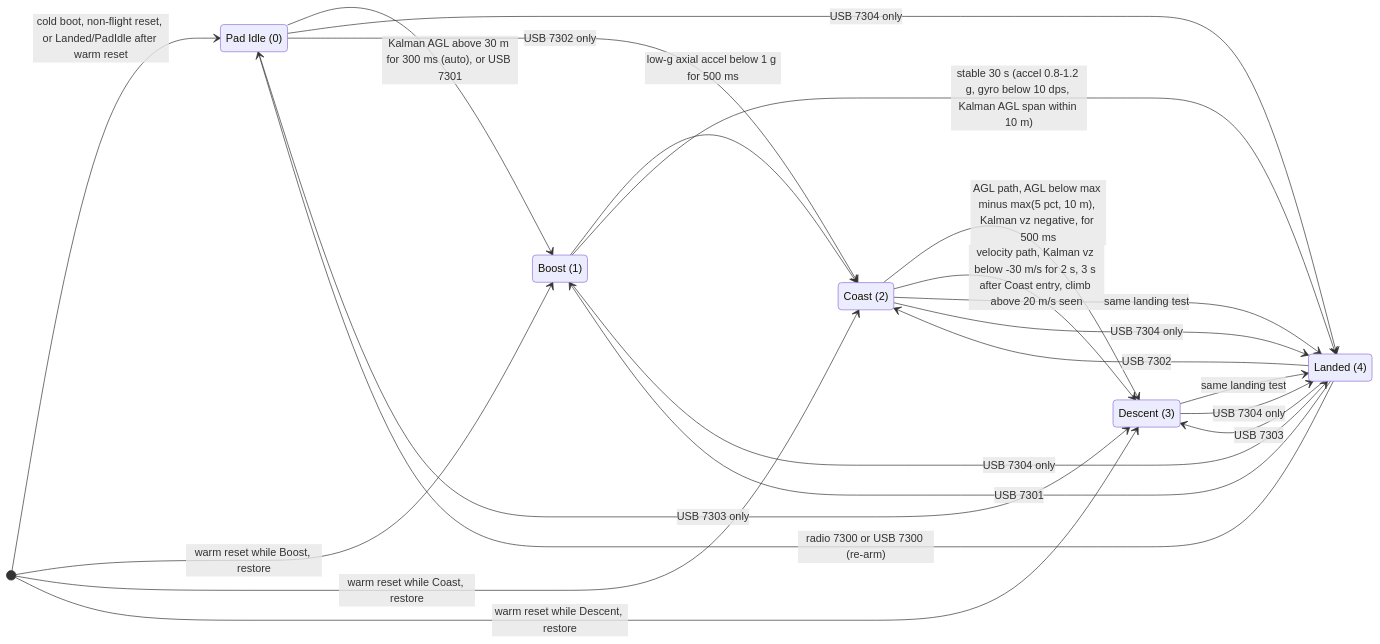
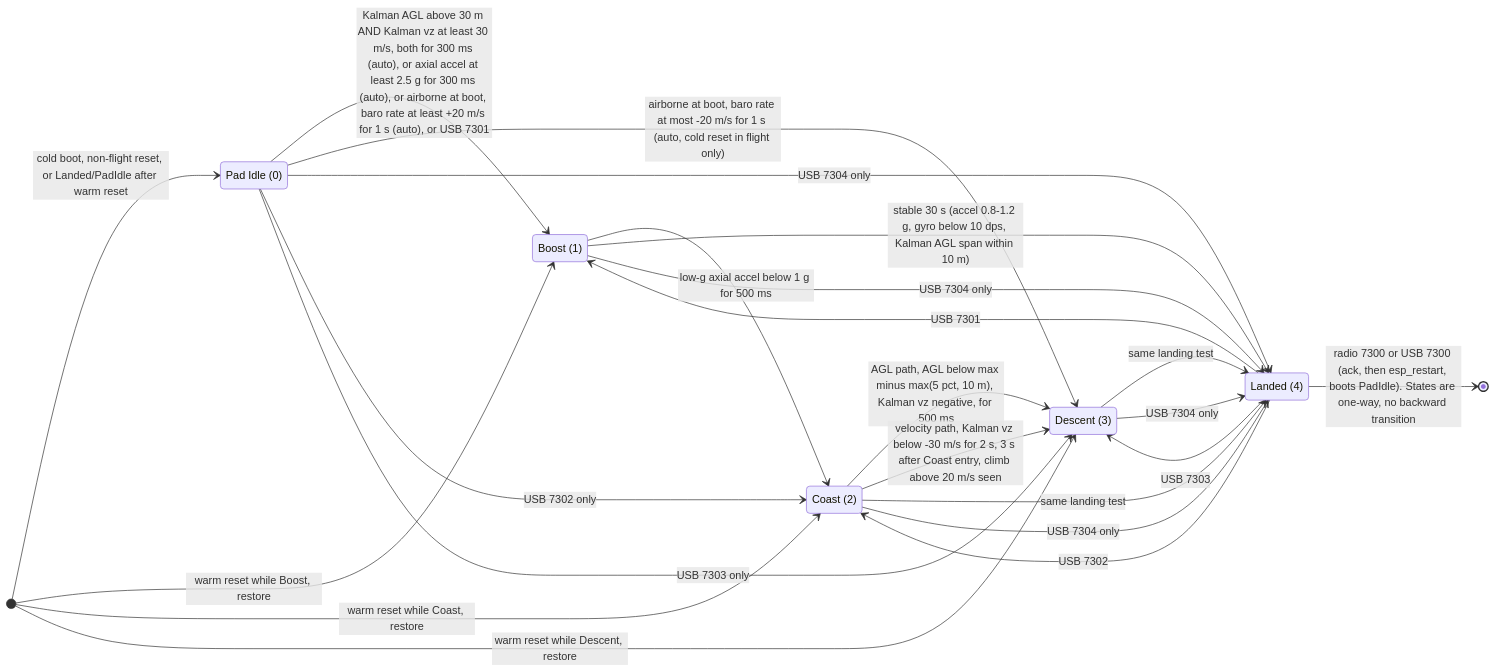
Before and after one commit to prs2026/Witness: the first of 7 diagrams in Software/Witness/softwarev1/FIRMWARE_STATE_MACHINE.md, drawn with Mermaid. The commit also changed other lines of this file and 138 other files, not shown here.

````diff
--- a/Software/Witness/softwarev1/FIRMWARE_STATE_MACHINE.md
+++ b/Software/Witness/softwarev1/FIRMWARE_STATE_MACHINE.md
@@ -51,34 +62,35 @@
 ```mermaid
 stateDiagram-v2
     direction LR
     state "Pad Idle (0)" as PadIdle
     state "Boost (1)" as Boost
     state "Coast (2)" as Coast
     state "Descent (3)" as Descent
     state "Landed (4)" as Landed
 
     [*] --> PadIdle : cold boot, non-flight reset, or Landed/PadIdle after warm reset
     [*] --> Boost : warm reset while Boost, restore
     [*] --> Coast : warm reset while Coast, restore
     [*] --> Descent : warm reset while Descent, restore
 
-    PadIdle --> Boost : Kalman AGL above 30 m for 300 ms (auto), or USB 7301
+    PadIdle --> Boost : Kalman AGL above 30 m AND Kalman vz at least 30 m/s, both for 300 ms (auto), or axial accel at least 2.5 g for 300 ms (auto), or airborne at boot, baro rate at least +20 m/s for 1 s (auto), or USB 7301
+    PadIdle --> Descent : airborne at boot, baro rate at most -20 m/s for 1 s (auto, cold reset in flight only)
     Boost --> Coast : low-g axial accel below 1 g for 500 ms
     Coast --> Descent : AGL path, AGL below max minus max(5 pct, 10 m), Kalman vz negative, for 500 ms
     Coast --> Descent : velocity path, Kalman vz below -30 m/s for 2 s, 3 s after Coast entry, climb above 20 m/s seen
 
     Boost --> Landed : stable 30 s (accel 0.8-1.2 g, gyro below 10 dps, Kalman AGL span within 10 m)
     Coast --> Landed : same landing test
     Descent --> Landed : same landing test
 
-    Landed --> PadIdle : radio 7300 or USB 7300 (re-arm)
+    Landed --> [*] : radio 7300 or USB 7300 (ack, then esp_restart, boots PadIdle). States are one-way, no backward transition
     PadIdle --> Landed : USB 7304 only
     Boost --> Landed : USB 7304 only
     Coast --> Landed : USB 7304 only
     Descent --> Landed : USB 7304 only
     PadIdle --> Coast : USB 7302 only
     PadIdle --> Descent : USB 7303 only
     Landed --> Boost : USB 7301
     Landed --> Coast : USB 7302
     Landed --> Descent : USB 7303
 ```
````
